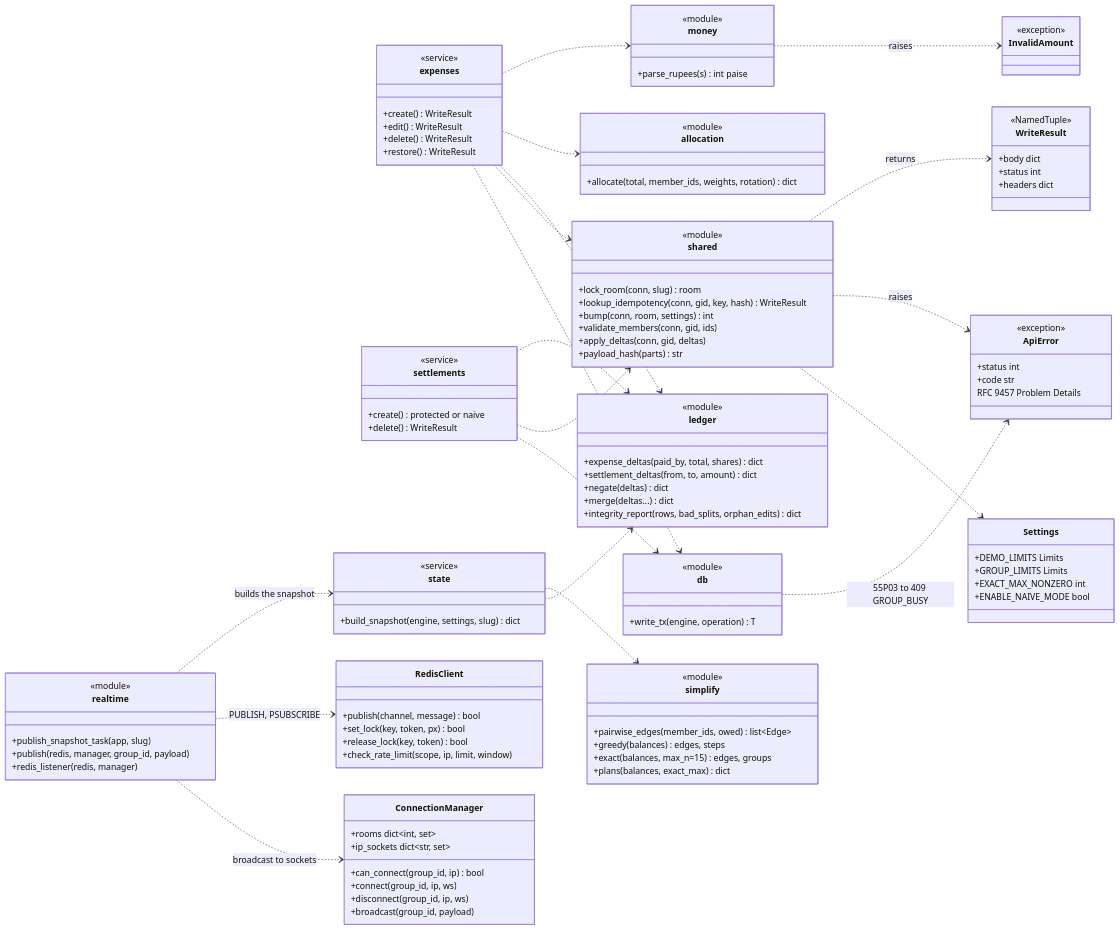
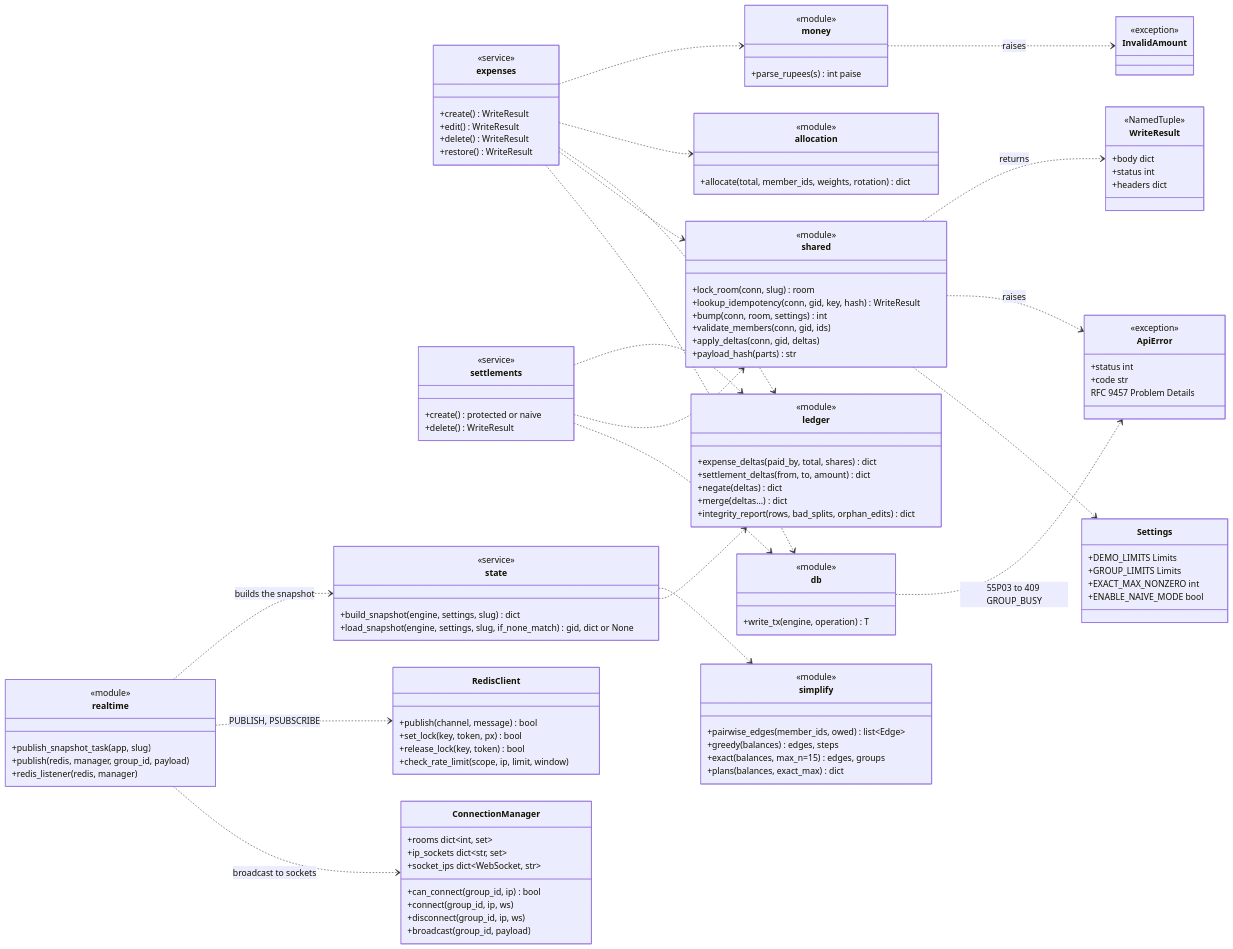
Before and after one commit to Srinu-design/splitsync: the fourth of 14 diagrams in docs/diagrams.md, drawn with Mermaid. The commit also changed 1 other file, not shown here.

Commit message:
refine: class diagram shows load_snapshot and socket_ips

```diff
--- a/docs/diagrams.md
+++ b/docs/diagrams.md
@@ -217,6 +217,7 @@
   class state {
     <<service>>
     +build_snapshot(engine, settings, slug) dict
+    +load_snapshot(engine, settings, slug, if_none_match) gid, dict or None
   }
   class realtime {
     <<module>>
@@ -227,6 +228,7 @@
   class ConnectionManager {
     +rooms dict~int, set~
     +ip_sockets dict~str, set~
+    +socket_ips dict~WebSocket, str~
     +can_connect(group_id, ip) bool
     +connect(group_id, ip, ws)
     +disconnect(group_id, ip, ws)
```
